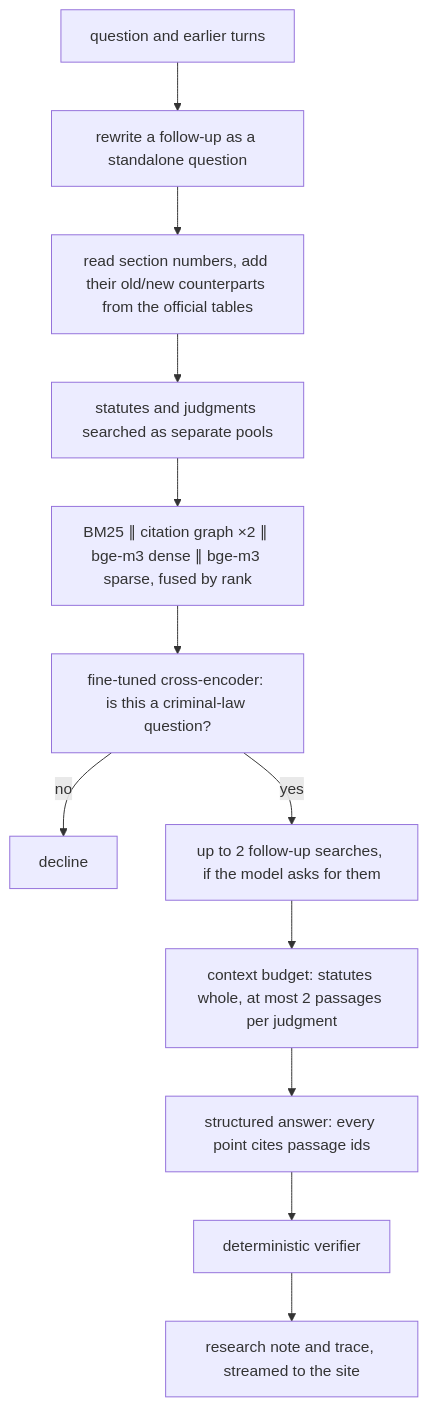
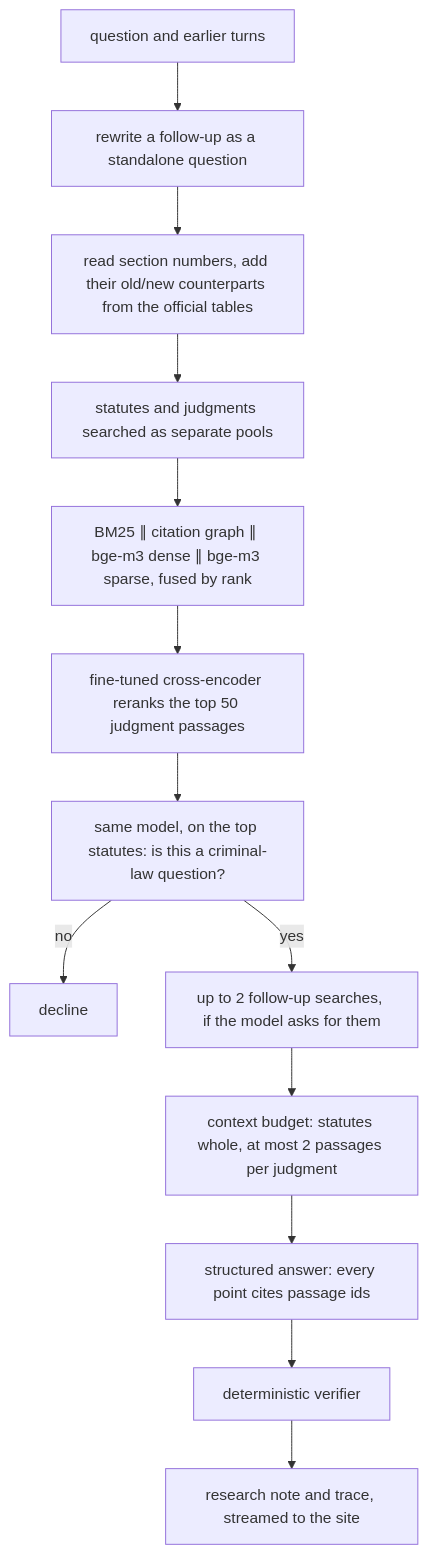
Before and after one commit to Arav-Arun/Dhara: the second of 4 diagrams in docs/architecture.md, drawn with Mermaid. The commit also changed other lines of this file and 16 other files, not shown here.

First line of the commit message:
Rerank judgments with a retrained cross-encoder

````diff
--- a/docs/architecture.md
+++ b/docs/architecture.md
@@ -37,14 +37,15 @@
 ```mermaid
 flowchart TD
     Q[question and earlier turns] --> W[rewrite a follow-up as a standalone question]
     W --> E[read section numbers, add their old/new counterparts from the official tables]
     E --> S[statutes and judgments searched as separate pools]
-    S --> R[BM25 ∥ citation graph ×2 ∥ bge-m3 dense ∥ bge-m3 sparse, fused by rank]
-    R --> CE[fine-tuned cross-encoder: is this a criminal-law question?]
+    S --> R[BM25 ∥ citation graph ∥ bge-m3 dense ∥ bge-m3 sparse, fused by rank]
+    R --> X[fine-tuned cross-encoder reranks the top 50 judgment passages]
+    X --> CE[same model, on the top statutes: is this a criminal-law question?]
     CE -->|no| D[decline]
     CE -->|yes| F[up to 2 follow-up searches, if the model asks for them]
     F --> B[context budget: statutes whole, at most 2 passages per judgment]
     B --> G[structured answer: every point cites passage ids]
     G --> V[deterministic verifier]
     V --> A[research note and trace, streamed to the site]
 ```
````
